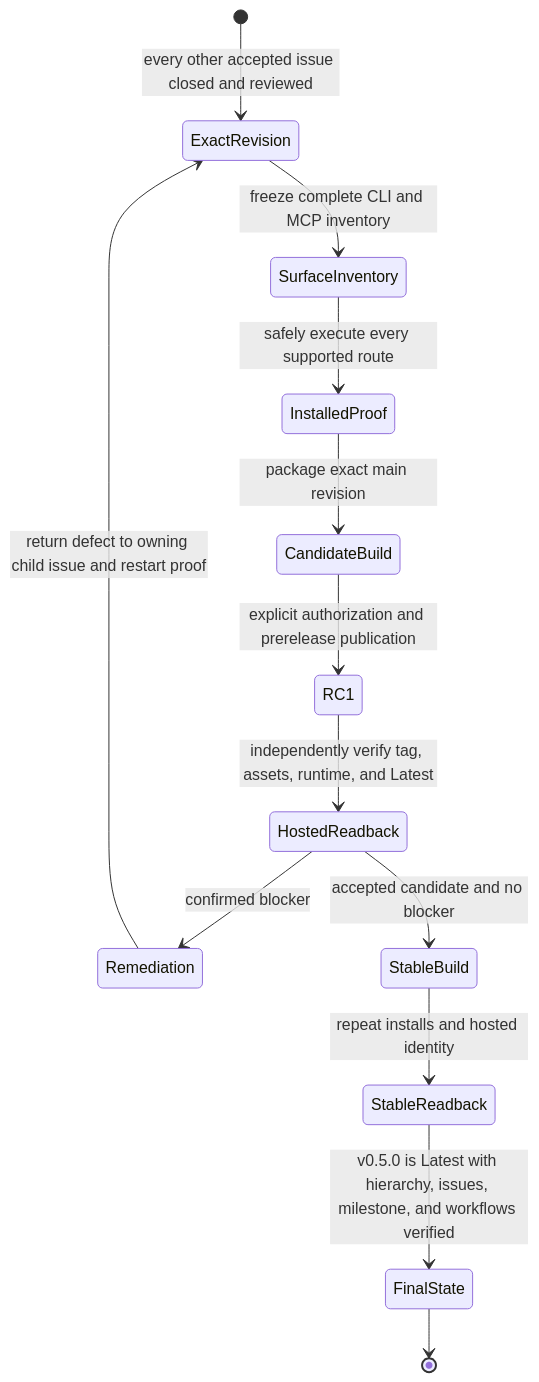
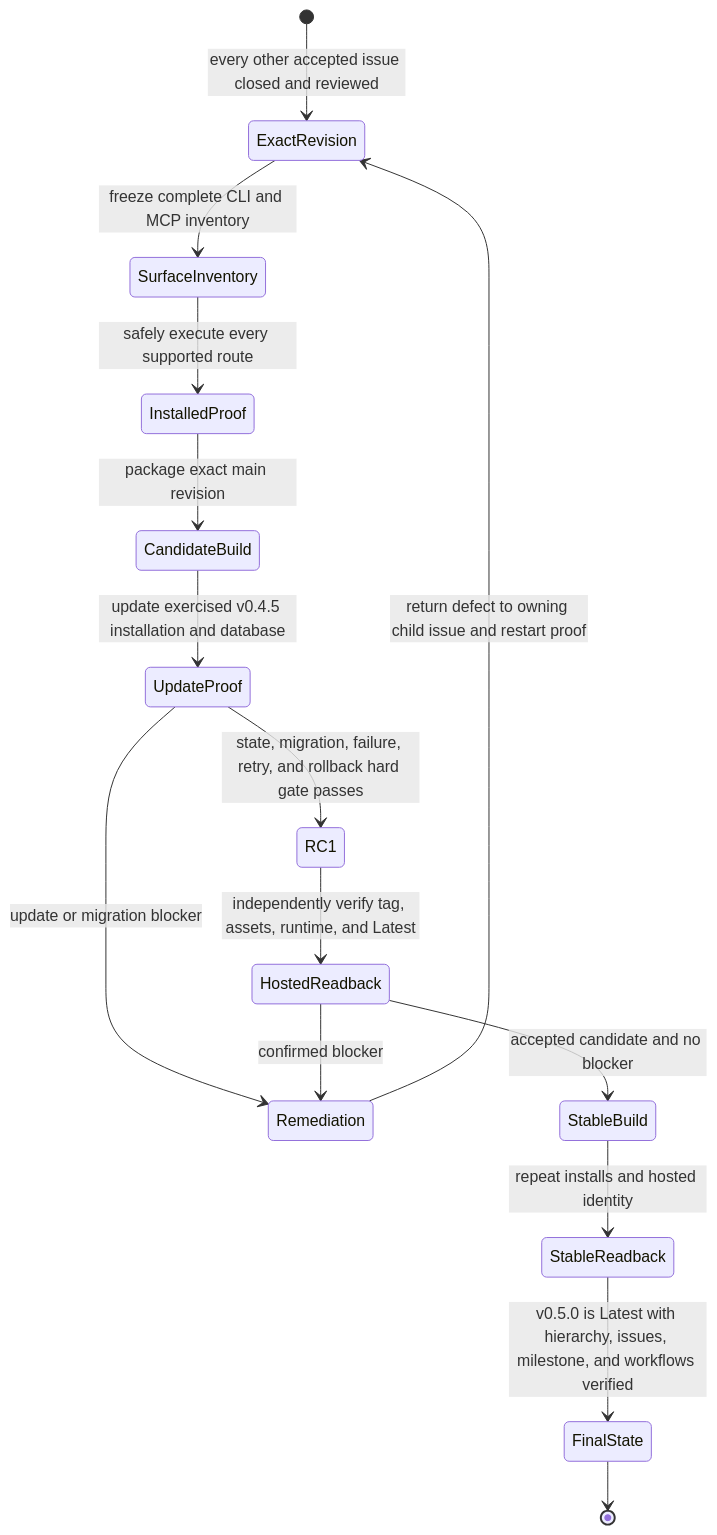
Diagram 25 of 25 in docs/v050-release-architecture.md (styler-ai/ProjectAtlas), drawn with Mermaid before and after one commit. The commit also changed 3 other files, not shown here.

Commit message:
docs(release): hard-gate v0.4.5 updates (#492)

````diff
--- a/docs/v050-release-architecture.md
+++ b/docs/v050-release-architecture.md
@@ -359,15 +359,17 @@
 ```mermaid
 stateDiagram-v2
   [*] --> ExactRevision: every other accepted issue closed and reviewed
   ExactRevision --> SurfaceInventory: freeze complete CLI and MCP inventory
   SurfaceInventory --> InstalledProof: safely execute every supported route
   InstalledProof --> CandidateBuild: package exact main revision
-  CandidateBuild --> RC1: explicit authorization and prerelease publication
+  CandidateBuild --> UpdateProof: update exercised v0.4.5 installation and database
+  UpdateProof --> RC1: state, migration, failure, retry, and rollback hard gate passes
+  UpdateProof --> Remediation: update or migration blocker
   RC1 --> HostedReadback: independently verify tag, assets, runtime, and Latest
   HostedReadback --> Remediation: confirmed blocker
   Remediation --> ExactRevision: return defect to owning child issue and restart proof
   HostedReadback --> StableBuild: accepted candidate and no blocker
   StableBuild --> StableReadback: repeat installs and hosted identity
   StableReadback --> FinalState: v0.5.0 is Latest with hierarchy, issues, milestone, and workflows verified
   FinalState --> [*]
 ```
````
